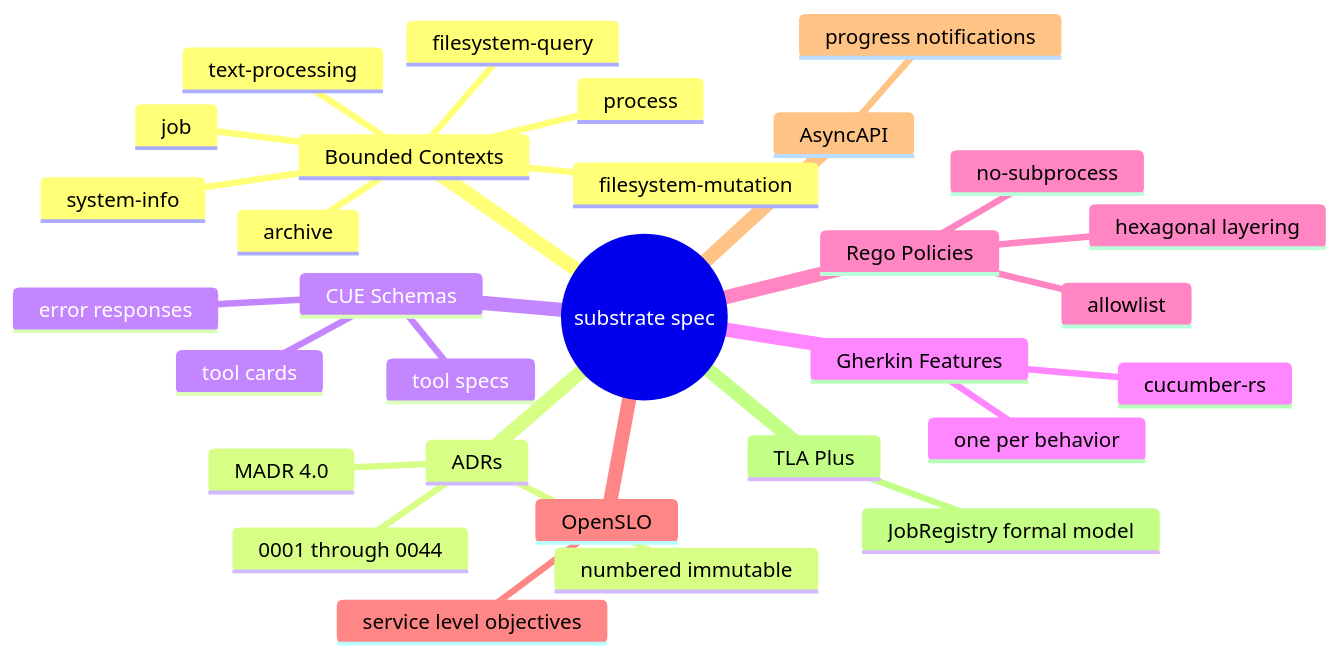
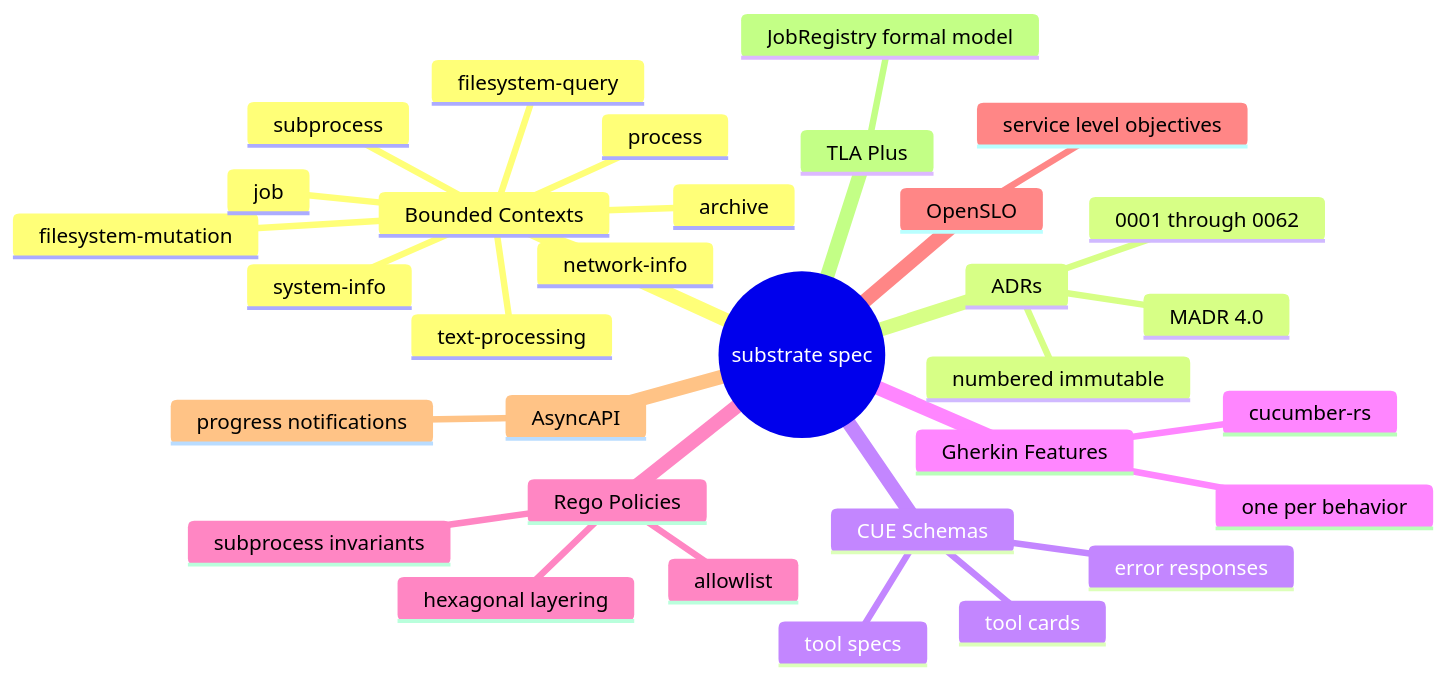
Before and after one commit to farchanjo/substrate: the diagram in docs/arch/README.md, drawn with Mermaid. The commit also changed other lines of this file and 2 other files, not shown here.

````diff
--- a/docs/arch/README.md
+++ b/docs/arch/README.md
@@ -54,33 +54,35 @@
 ```mermaid
 mindmap
   root((substrate spec))
     Bounded Contexts
       filesystem-query
       filesystem-mutation
       process
       system-info
       text-processing
       archive
       job
+      subprocess
+      network-info
     ADRs
       MADR 4.0
       numbered immutable
-      0001 through 0044
+      0001 through 0062
     CUE Schemas
       tool specs
       error responses
       tool cards
     Gherkin Features
       one per behavior
       cucumber-rs
     Rego Policies
       hexagonal layering
-      no-subprocess
+      subprocess invariants
       allowlist
     OpenSLO
       service level objectives
     AsyncAPI
       progress notifications
     TLA Plus
       JobRegistry formal model
 ```
````
